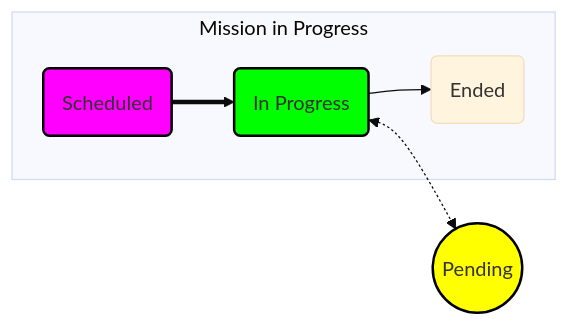
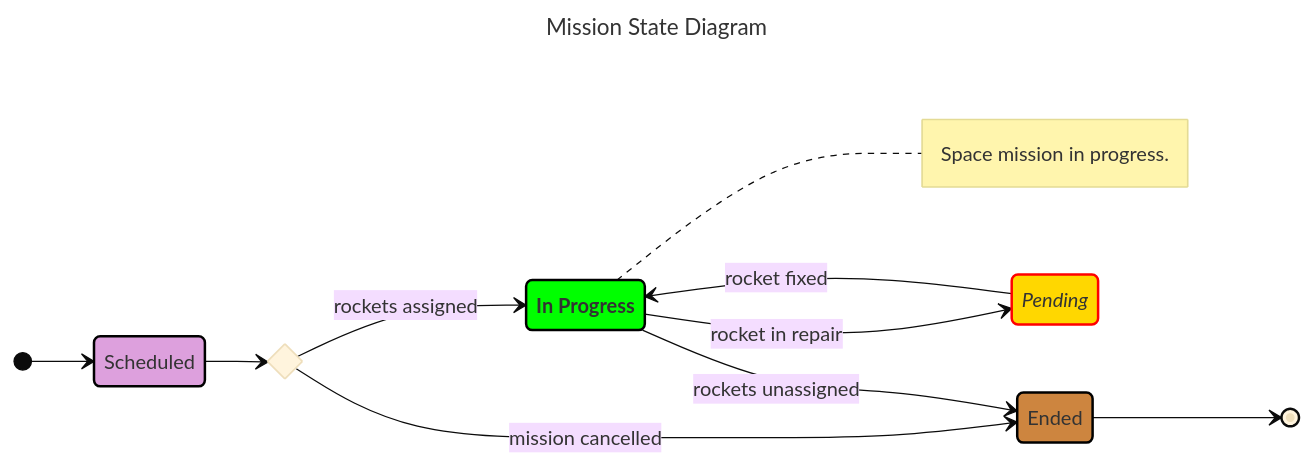
One commit to Ee-Cs/RecruitmentTaskS2 changed the second of 3 diagrams in docs/README.md. Above: the diagram before and after it, drawn with Mermaid (base theme). The commit also changed other lines of this file and 1 other file, not shown here.

````diff
--- a/docs/README.md
+++ b/docs/README.md
@@ -47,18 +47,32 @@
 ```mermaid
-flowchart LR
-SCD(Scheduled):::magentaBox
-PND((Pending)):::yellowBox
-PRG(In Progress):::greenBox
-END(Ended):::cyanBox
+---
+title: Mission State Diagram
+---
+stateDiagram
+direction LR
+%% State Definitions
+state "Scheduled" as SCH
+state CHO <<choice>>
+state "In Progress" as PRG
+note right of PRG
+  Space mission in progress.
+end note
+state "Pending" as PND
+state "Ended" as END
 
-subgraph "Mission in Progress"
-  SCD ==> PRG --> END
-end
-PRG <.-> PND
+%% Transitions
+[*] --> SCH:::schedClass
+SCH --> CHO
+CHO --> PRG:::progClass : rockets assigned
+CHO --> END:::endClass : mission cancelled
+PRG --> PND:::pendClass : rocket in repair
+PND --> PRG : rocket fixed
+PRG --> END : rockets unassigned
+END --> [*]
 
 %% Style Definitions
-  classDef redBox fill: #ff6666, stroke: #000, stroke-width: 2px
-  classDef greenBox fill: #00ff00, stroke: #000, stroke-width: 2px
-  classDef magentaBox fill: #ff00ff, stroke: #000, stroke-width: 2px
-  classDef yellowBox fill: #ffff00, stroke: #000, stroke-width: 2px
+classDef schedClass fill: plum, stroke: #000, stroke-width: 2px
+classDef progClass fill: lime, stroke: #000, stroke-width: 2px,font-weight:bold
+classDef pendClass fill: gold, stroke: #000, stroke-width: 2px, font-style:italic,stroke-width:2px,stroke:red
+classDef endClass fill: peru, stroke: #000, stroke-width: 2px
 ```
````
